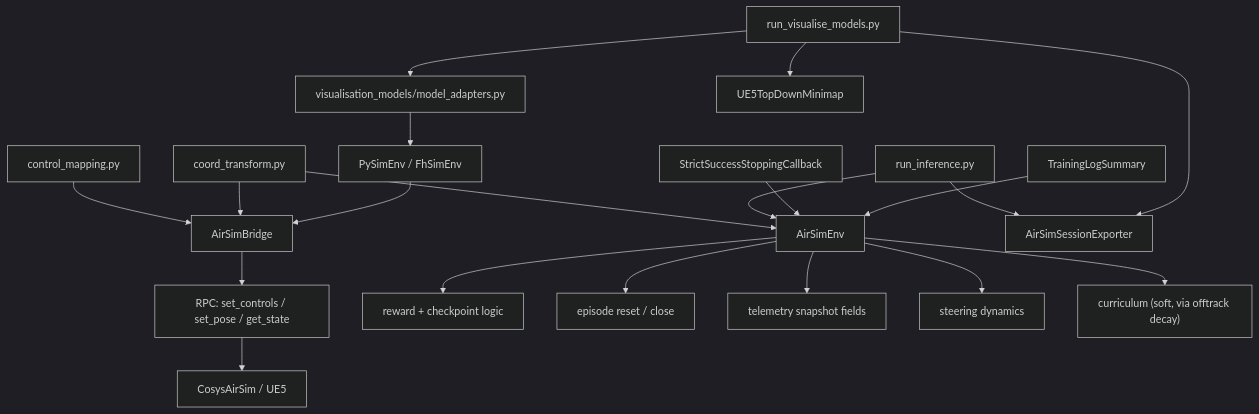
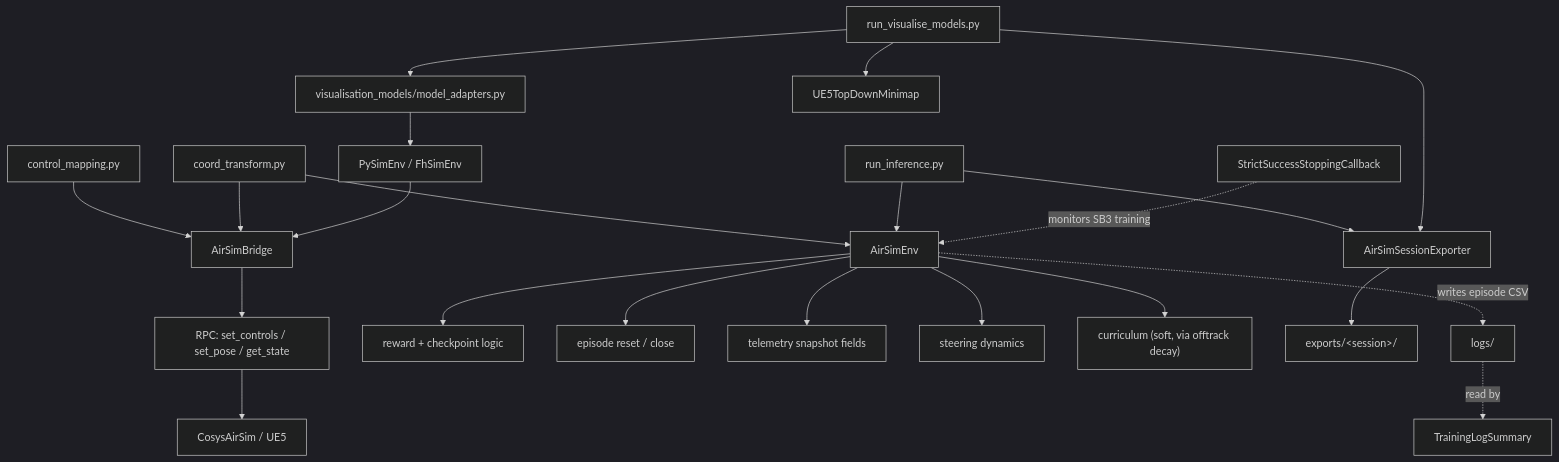
The second of 2 diagrams in src/airsim/README.md (UAntwerpM4S/RudoLF), drawn with Mermaid (dark theme) before and after one commit. The commit also changed other lines of this file and 3 other files, not shown here.

````diff
--- a/src/airsim/README.md
+++ b/src/airsim/README.md
@@ -67,27 +68,29 @@
 ```mermaid
 flowchart TD
     A["AirSimBridge"] --> B["RPC: set_controls / set_pose / get_state"]
     B --> C["CosysAirSim / UE5"]
 
     D["control_mapping.py"] --> A
     E["coord_transform.py"] --> A
     E --> F["AirSimEnv"]
 
     F --> G["reward + checkpoint logic"]
     F --> H["episode reset / close"]
     F --> I["telemetry snapshot fields"]
     F --> J["steering dynamics"]
     F --> K["curriculum (soft, via offtrack decay)"]
 
     L["run_inference.py"] --> F
     M["run_visualise_models.py"] --> N["visualisation_models/model_adapters.py"]
     N --> O["PySimEnv / FhSimEnv"]
     O --> A
 
     M --> P["UE5TopDownMinimap"]
     L --> Q["AirSimSessionExporter"]
     M --> Q
+    Q --> R["exports/&lt;session&gt;/"]
 
-    R["StrictSuccessStoppingCallback"] --> F
-    S["TrainingLogSummary"] --> F
+    F -.->|writes episode CSV| T["logs/"]
+    S["StrictSuccessStoppingCallback"] -.->|monitors SB3 training| F
+    T -.->|read by| U["TrainingLogSummary"]
 ```
````
